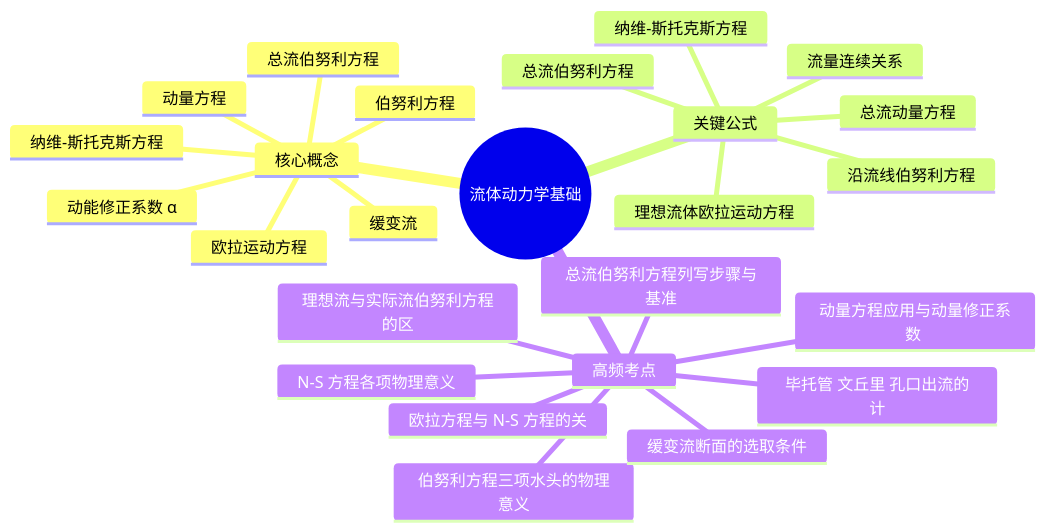
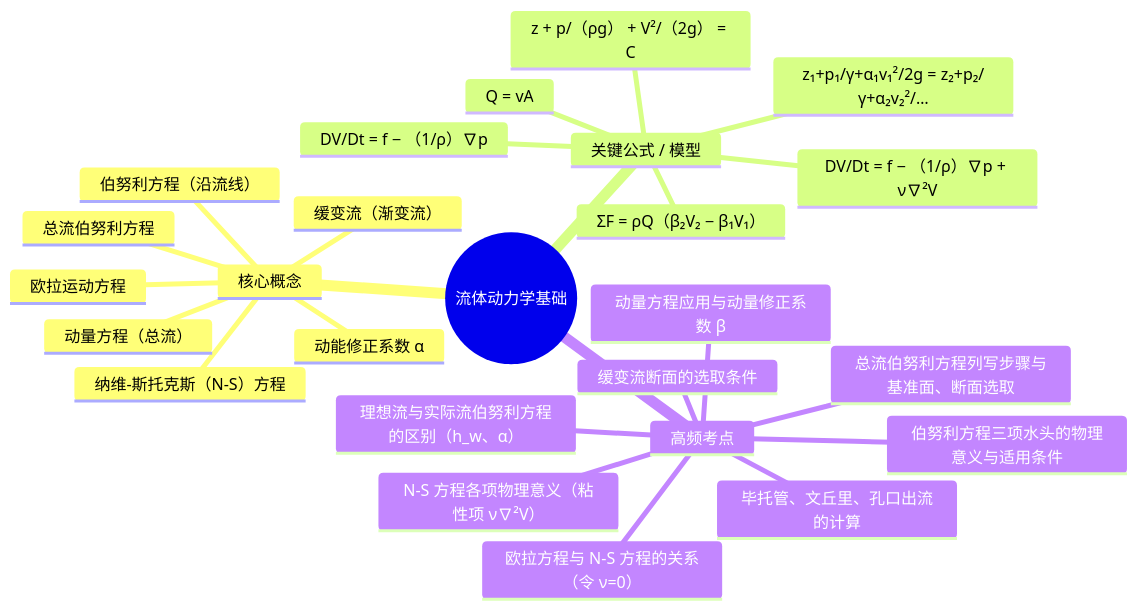
The diagram in 流体力学/02_解析成果/_素材/_第04章_流体动力学基础.md (dao-genesis/xuexi-fuxi), drawn with Mermaid before and after one commit. The commit also changed other lines of this file and 47 other files, not shown here.

````diff
--- a/流体力学/02_解析成果/_素材/_第04章_流体动力学基础.md
+++ b/流体力学/02_解析成果/_素材/_第04章_流体动力学基础.md
@@ -913,28 +913,28 @@
 ```mermaid
 mindmap
   root((流体动力学基础))
     核心概念
       欧拉运动方程
-      伯努利方程
-      缓变流
+      伯努利方程（沿流线）
+      缓变流（渐变流）
       总流伯努利方程
       动能修正系数 α
-      动量方程
-      纳维-斯托克斯方程
-    关键公式
-      理想流体欧拉运动方程
-      沿流线伯努利方程
-      总流伯努利方程
-      总流动量方程
-      纳维-斯托克斯方程
-      流量连续关系
+      动量方程（总流）
+      纳维-斯托克斯（N-S）方程
+    关键公式 / 模型
+      DV/Dt = f − （1/ρ）∇p
+      z + p/（ρg） + V²/（2g） = C
+      z₁+p₁/γ+α₁v₁²/2g = z₂+p₂/γ+α₂v₂²/…
+      ΣF = ρQ（β₂V₂ − β₁V₁）
+      DV/Dt = f − （1/ρ）∇p + ν∇²V
+      Q = vA
     高频考点
-      伯努利方程三项水头的物理意义
-      理想流与实际流伯努利方程的区
-      总流伯努利方程列写步骤与基准
-      动量方程应用与动量修正系数 
+      伯努利方程三项水头的物理意义与适用条件
+      理想流与实际流伯努利方程的区别（h_w、α）
+      总流伯努利方程列写步骤与基准面、断面选取
+      动量方程应用与动量修正系数 β
       缓变流断面的选取条件
-      毕托管 文丘里 孔口出流的计
-      N-S 方程各项物理意义
-      欧拉方程与 N-S 方程的关
+      毕托管、文丘里、孔口出流的计算
+      N-S 方程各项物理意义（粘性项 ν∇²V）
+      欧拉方程与 N-S 方程的关系（令 ν=0）
 ```
````
